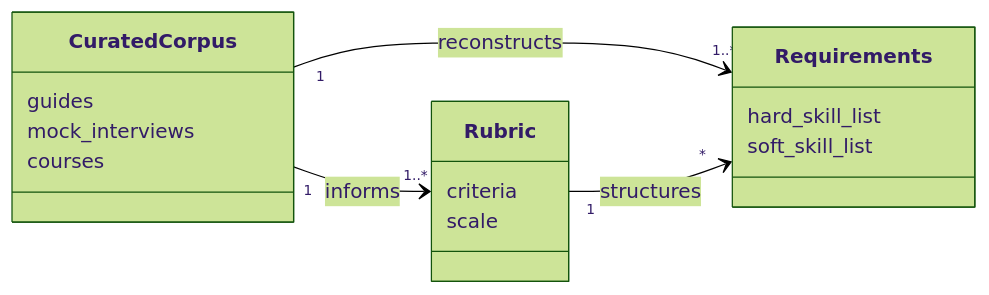
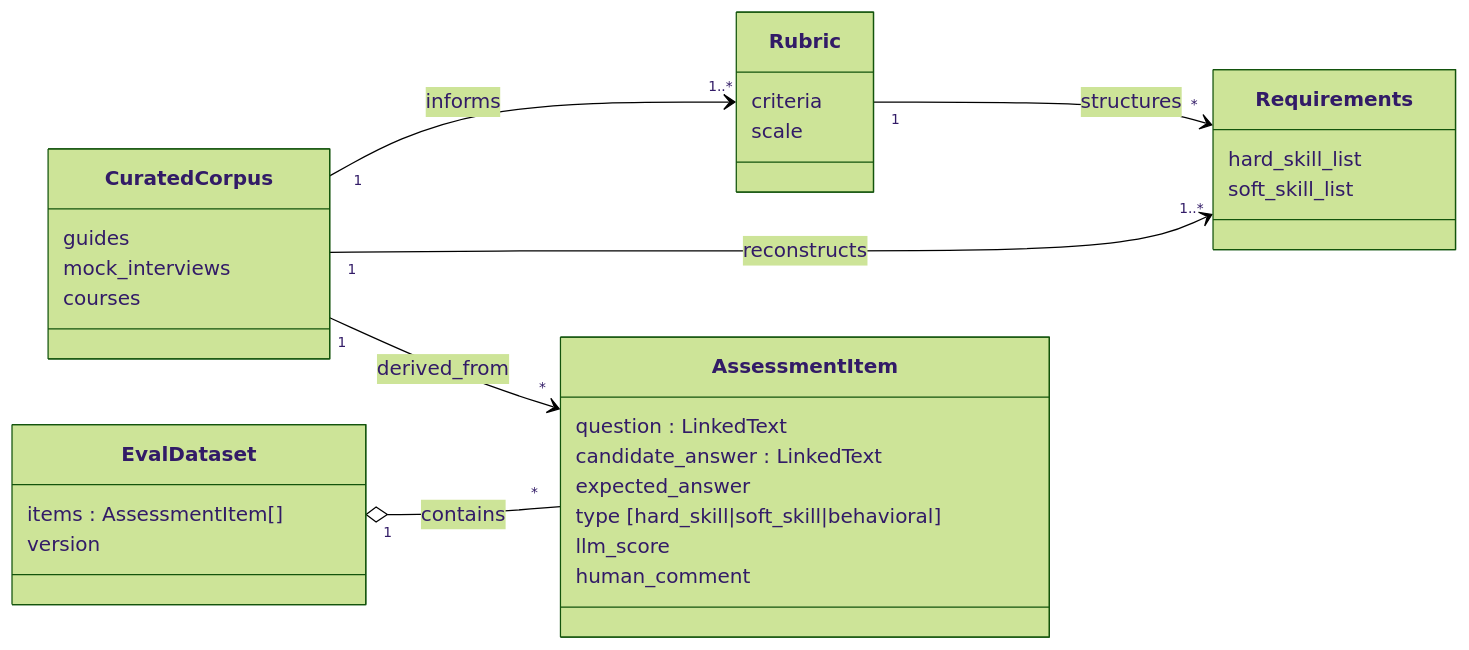
The third of 4 diagrams in md/spec.md (margomrkv/interview-debrief-assistant), drawn with Mermaid (forest theme) before and after one commit. The commit also changed other lines of this file, not shown here.

````diff
--- a/md/spec.md
+++ b/md/spec.md
@@ -181,22 +206,36 @@
 ```mermaid
 classDiagram
     direction LR
 
     class CuratedCorpus {
         guides
         mock_interviews
         courses
     }
     class Rubric {
         criteria
         scale
     }
     class Requirements {
         hard_skill_list
         soft_skill_list
     }
+    class AssessmentItem {
+        question : LinkedText
+        candidate_answer : LinkedText
+        expected_answer
+        type [hard_skill|soft_skill|behavioral]
+        llm_score
+        human_comment
+    }
+    class EvalDataset {
+        items : AssessmentItem[]
+        version
+    }
 
     CuratedCorpus "1" --> "1..*" Rubric : informs
     CuratedCorpus "1" --> "1..*" Requirements : reconstructs
     Rubric "1" --> "*" Requirements : structures
+    CuratedCorpus "1" --> "*" AssessmentItem : derived_from
+    EvalDataset "1" o-- "*" AssessmentItem : contains
 ```
````
